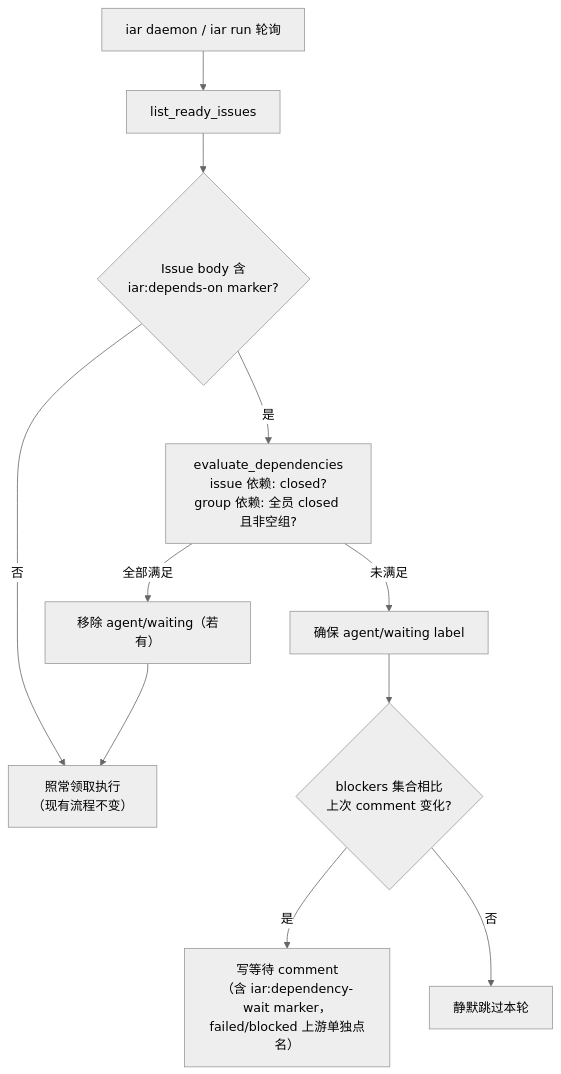
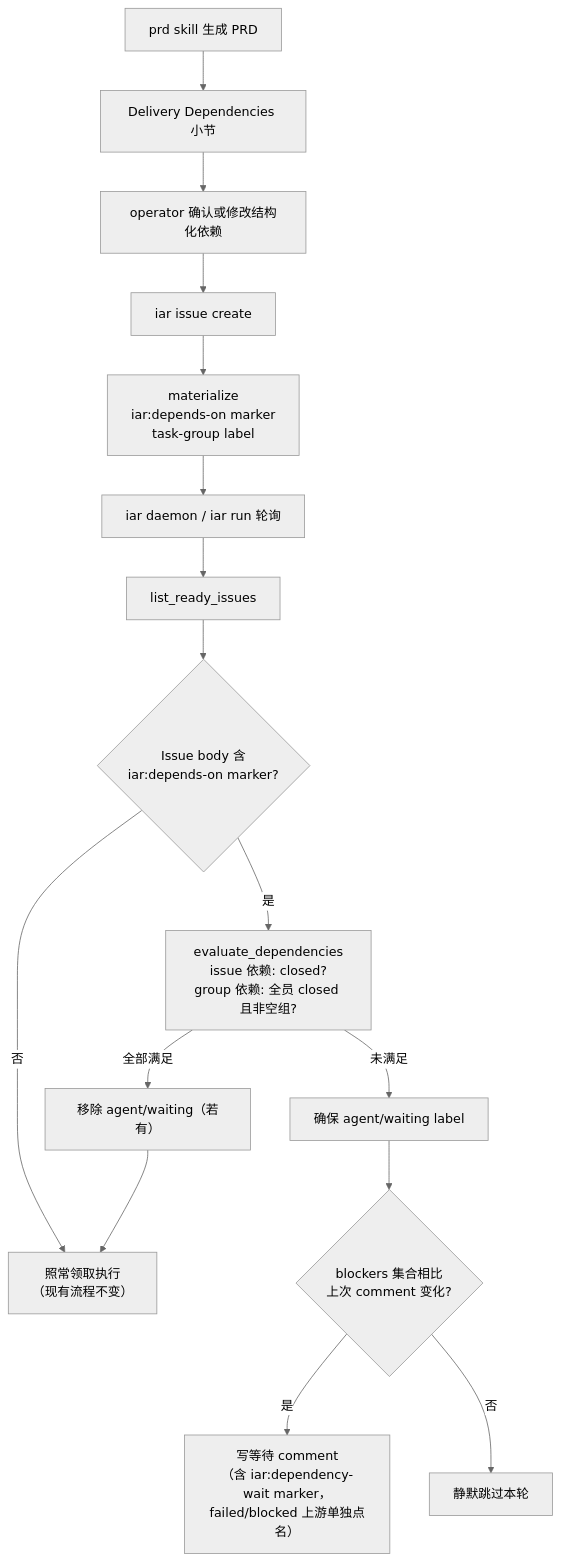
One commit to zata-zhangtao/keda changed the diagram in tasks/pending/P1-FEAT-20260610-114529-issue-dependency-gate.md. Above: the diagram before and after it, drawn with Mermaid (neutral theme). The commit also changed other lines of this file, not shown here.

Commit message:
docs(prd): publish P1-FEAT-20260610-114529-issue-dependency-gate

````diff
--- a/tasks/pending/P1-FEAT-20260610-114529-issue-dependency-gate.md
+++ b/tasks/pending/P1-FEAT-20260610-114529-issue-dependency-gate.md
@@ -204,12 +255,17 @@
 ```mermaid
 flowchart TD
-    A["iar daemon / iar run 轮询"] --> B["list_ready_issues"]
+    P["prd skill 生成 PRD"] --> Q["Delivery Dependencies 小节"]
+    Q --> R["operator 确认或修改结构化依赖"]
+    R --> S["iar issue create"]
+    S --> T["materialize<br/>iar:depends-on marker<br/>task-group label"]
+    T --> A["iar daemon / iar run 轮询"]
+    A --> B["list_ready_issues"]
     B --> C{"Issue body 含<br/>iar:depends-on marker?"}
     C -- 否 --> H["照常领取执行<br/>（现有流程不变）"]
     C -- 是 --> D["evaluate_dependencies<br/>issue 依赖: closed?<br/>group 依赖: 全员 closed 且非空组?"]
     D -- 全部满足 --> G["移除 agent/waiting（若有）"] --> H
     D -- 未满足 --> E["确保 agent/waiting label"]
     E --> F{"blockers 集合相比<br/>上次 comment 变化?"}
     F -- 是 --> I["写等待 comment<br/>（含 iar:dependency-wait marker，<br/>failed/blocked 上游单独点名）"]
     F -- 否 --> J["静默跳过本轮"]
 ```
````
